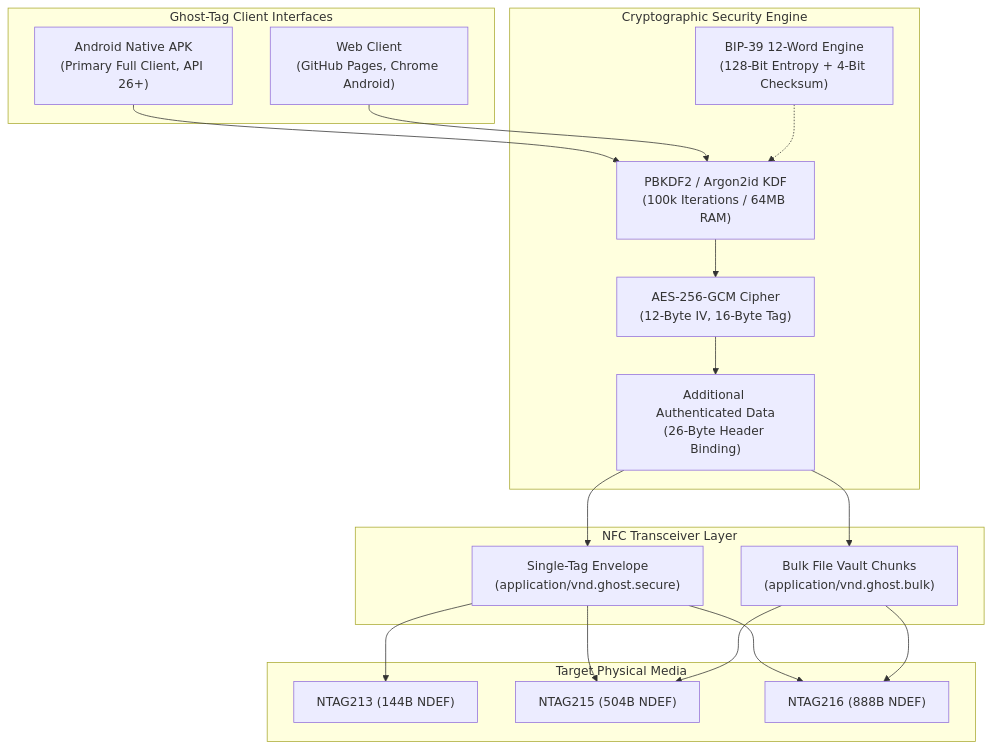
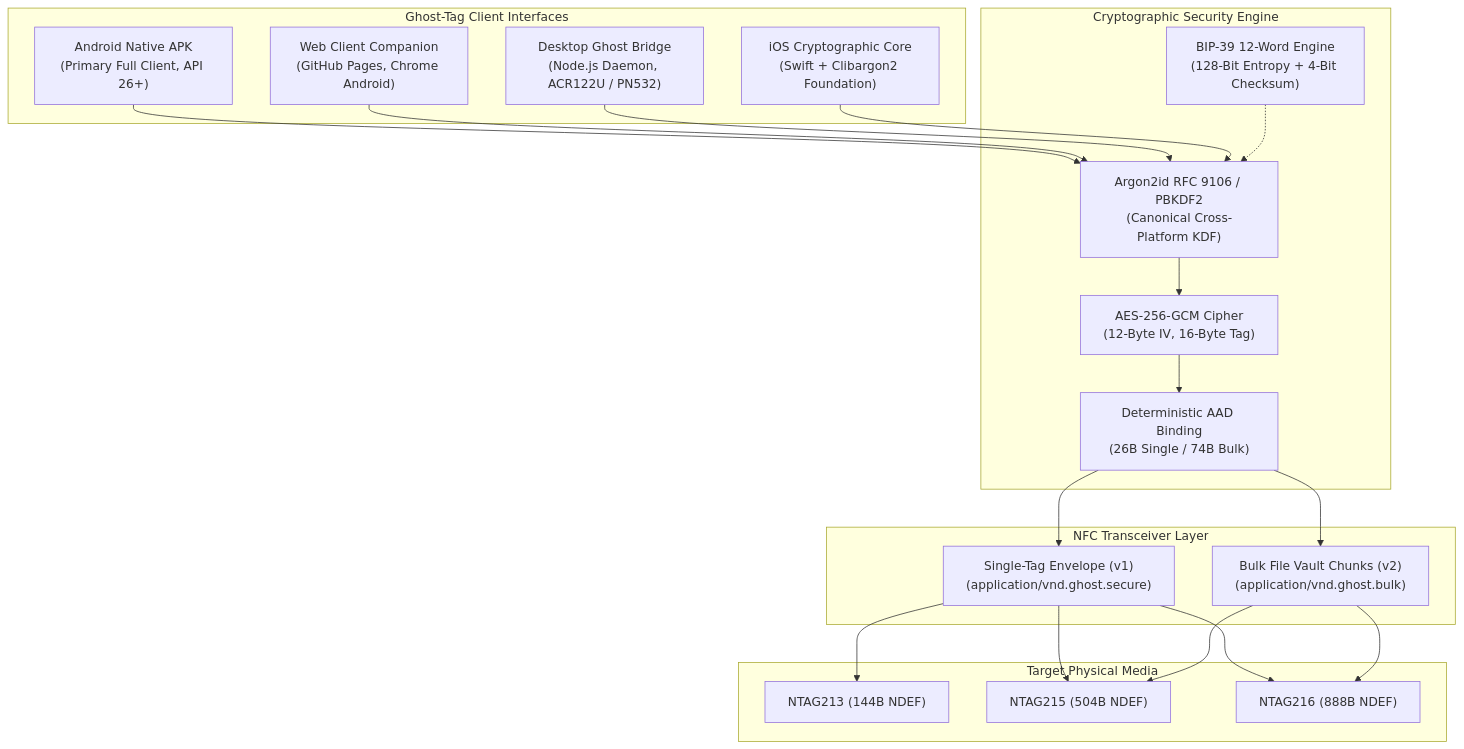
Before and after one commit to FROSTY-MUG/Ghost-Tag: the first of 5 diagrams in README.md, drawn with Mermaid. The commit also changed other lines of this file and 65 other files, not shown here.

````diff
--- a/README.md
+++ b/README.md
@@ -58,38 +61,42 @@
 ```mermaid
 flowchart TD
     subgraph Clients["Ghost-Tag Client Interfaces"]
         AndroidApp["Android Native APK<br/>(Primary Full Client, API 26+)"]
-        WebApp["Web Client<br/>(GitHub Pages, Chrome Android)"]
+        WebApp["Web Client Companion<br/>(GitHub Pages, Chrome Android)"]
+        GhostBridge["Desktop Ghost Bridge<br/>(Node.js Daemon, ACR122U / PN532)"]
+        iOSCore["iOS Cryptographic Core<br/>(Swift + Clibargon2 Foundation)"]
     end
 
     subgraph SecurityCore["Cryptographic Security Engine"]
-        KDF["PBKDF2 / Argon2id KDF<br/>(100k Iterations / 64MB RAM)"]
+        KDF["Argon2id RFC 9106 / PBKDF2<br/>(Canonical Cross-Platform KDF)"]
         AES["AES-256-GCM Cipher<br/>(12-Byte IV, 16-Byte Tag)"]
-        AAD["Additional Authenticated Data<br/>(26-Byte Header Binding)"]
+        AAD["Deterministic AAD Binding<br/>(26B Single / 74B Bulk)"]
         BIP39Engine["BIP-39 12-Word Engine<br/>(128-Bit Entropy + 4-Bit Checksum)"]
     end
 
     subgraph HardwareTransceiver["NFC Transceiver Layer"]
-        SingleTag["Single-Tag Envelope<br/>(application/vnd.ghost.secure)"]
-        BulkTag["Bulk File Vault Chunks<br/>(application/vnd.ghost.bulk)"]
+        SingleTag["Single-Tag Envelope (v1)<br/>(application/vnd.ghost.secure)"]
+        BulkTag["Bulk File Vault Chunks (v2)<br/>(application/vnd.ghost.bulk)"]
     end
 
     subgraph PhysicalChips["Target Physical Media"]
         NTAG213["NTAG213 (144B NDEF)"]
         NTAG215["NTAG215 (504B NDEF)"]
         NTAG216["NTAG216 (888B NDEF)"]
     end
 
     AndroidApp --> KDF
     WebApp --> KDF
+    GhostBridge --> KDF
+    iOSCore --> KDF
     KDF --> AES
     AES --> AAD
     BIP39Engine -.-> KDF
     AAD --> SingleTag
     AAD --> BulkTag
     SingleTag --> NTAG213
     SingleTag --> NTAG215
     SingleTag --> NTAG216
     BulkTag --> NTAG215
     BulkTag --> NTAG216
 ```
````
